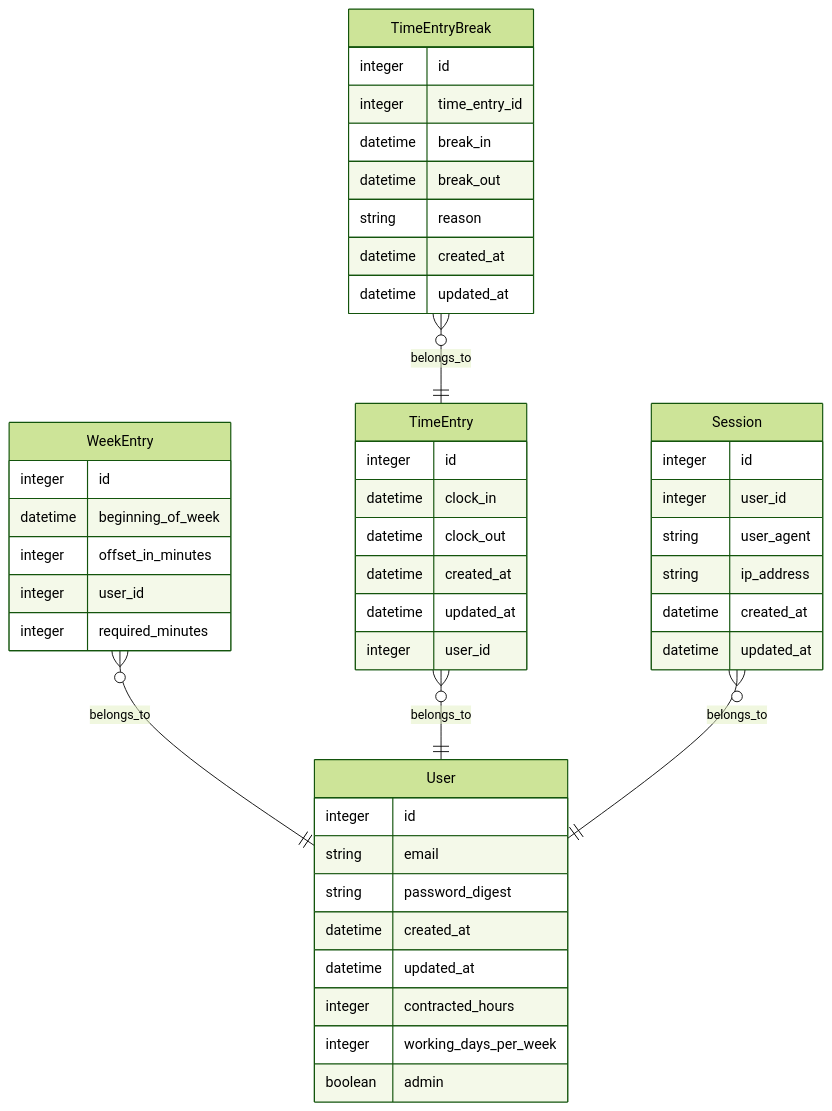
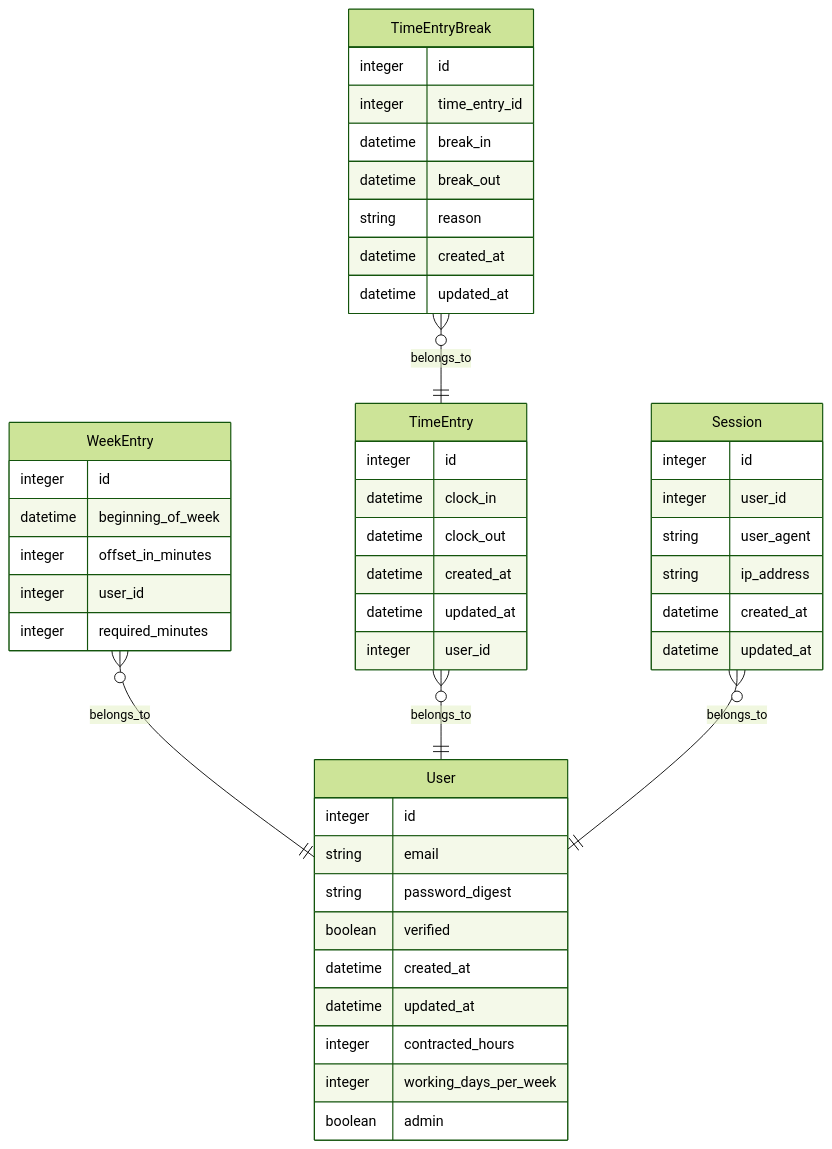
The diagram in documentation/domain-model.md (avinhurry/flexitime), drawn with Mermaid (forest theme) before and after one commit. The commit also changed 1 other file, not shown here.

Commit message:
Update schema
Autogenerated after running db:migrate

````diff
--- a/documentation/domain-model.md
+++ b/documentation/domain-model.md
@@ -1,49 +1,50 @@
 ```mermaid
 erDiagram
   WeekEntry {
     integer id
     datetime beginning_of_week
     integer offset_in_minutes
     integer user_id
     integer required_minutes
   }
   WeekEntry }o--|| User : belongs_to
   User {
     integer id
     string email
     string password_digest
+    boolean verified
     datetime created_at
     datetime updated_at
     integer contracted_hours
     integer working_days_per_week
     boolean admin
   }
   TimeEntryBreak {
     integer id
     integer time_entry_id
     datetime break_in
     datetime break_out
     string reason
     datetime created_at
     datetime updated_at
   }
   TimeEntryBreak }o--|| TimeEntry : belongs_to
   TimeEntry {
     integer id
     datetime clock_in
     datetime clock_out
     datetime created_at
     datetime updated_at
     integer user_id
   }
   TimeEntry }o--|| User : belongs_to
   Session {
     integer id
     integer user_id
     string user_agent
     string ip_address
     datetime created_at
     datetime updated_at
   }
   Session }o--|| User : belongs_to
 ```
````
